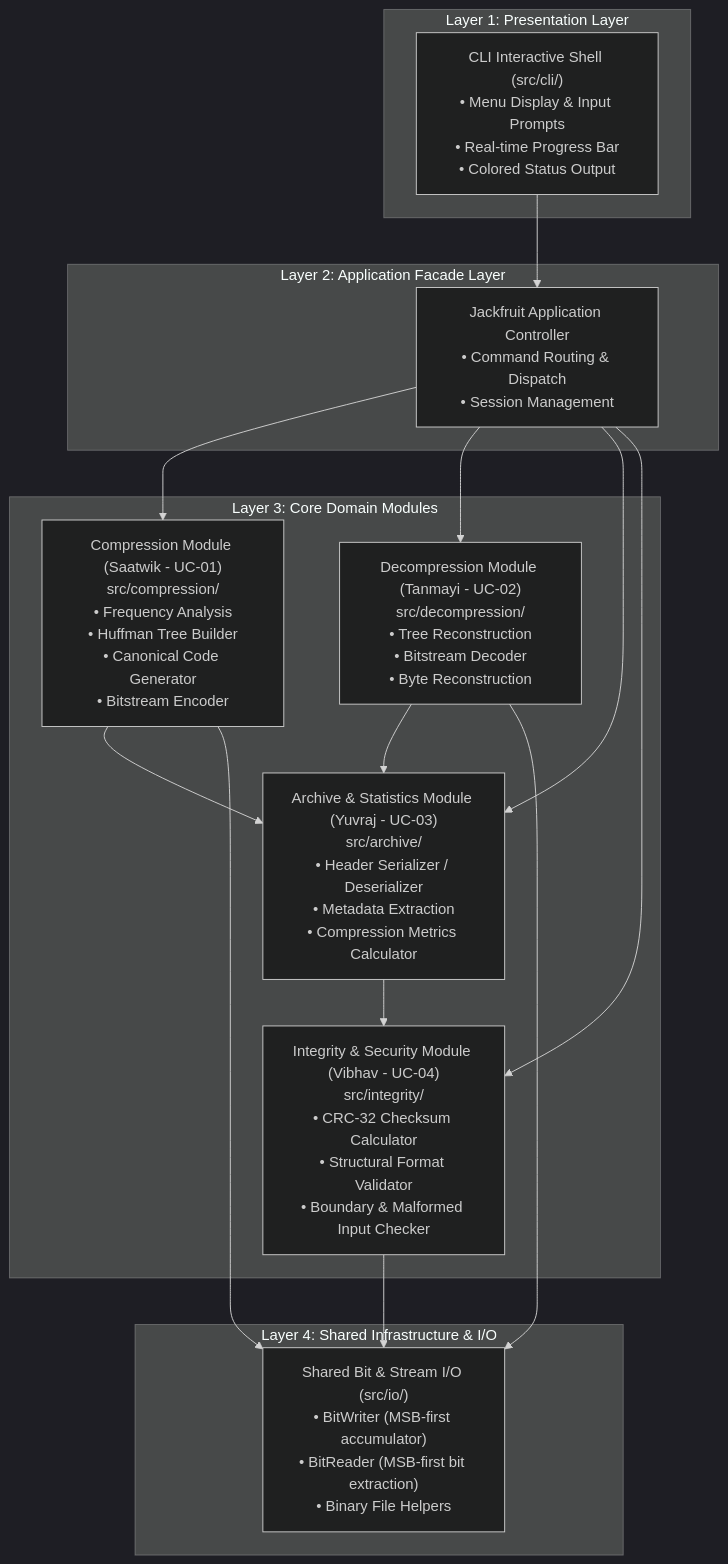
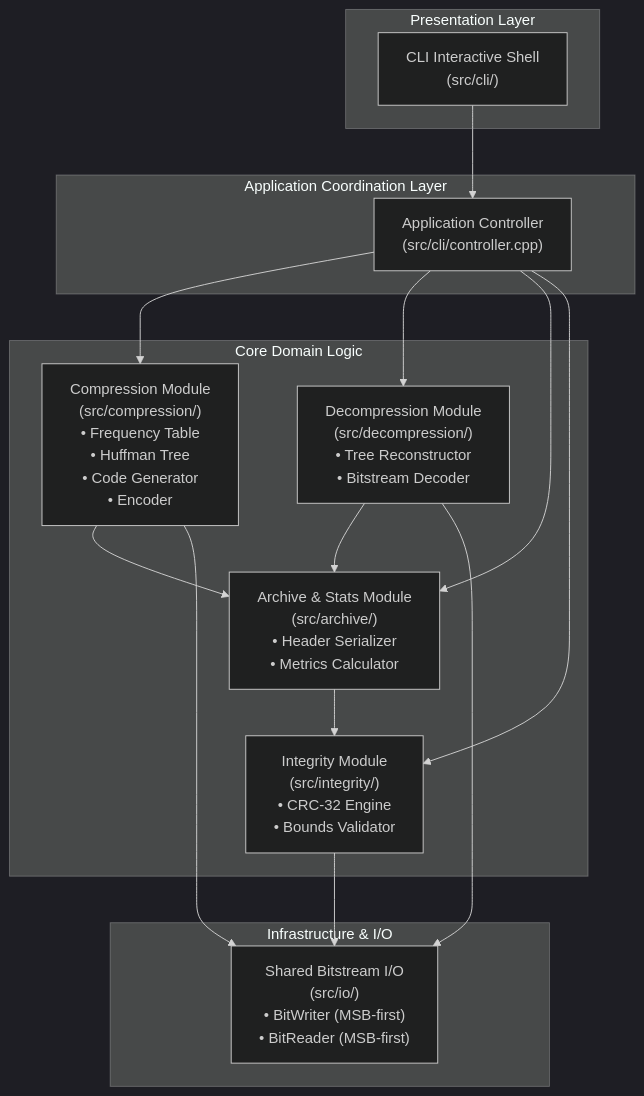
The first of 3 diagrams in docs/design/architecture-v0.1.md (Saatwik-V/Software-Engineering-Jackfruit), drawn with Mermaid (dark theme) before and after one commit. The commit also changed other lines of this file and 9 other files, not shown here.

````diff
--- a/docs/design/architecture-v0.1.md
+++ b/docs/design/architecture-v0.1.md
@@ -23,33 +87,34 @@
 ```mermaid
 graph TD
-    subgraph Layer 1: Presentation Layer
-        CLI["CLI Interactive Shell (src/cli/)<br>• Menu Display & Input Prompts<br>• Real-time Progress Bar<br>• Colored Status Output"]
+    subgraph Presentation Layer
+        CLI["CLI Interactive Shell<br>(src/cli/)"]
     end
 
-    subgraph Layer 2: Application Facade Layer
-        App["Jackfruit Application Controller<br>• Command Routing & Dispatch<br>• Session Management"]
+    subgraph Application Coordination Layer
+        Controller["Application Controller<br>(src/cli/controller.cpp)"]
     end
 
-    subgraph Layer 3: Core Domain Modules
-        Comp["Compression Module (Saatwik - UC-01)<br>src/compression/<br>• Frequency Analysis<br>• Huffman Tree Builder<br>• Canonical Code Generator<br>• Bitstream Encoder"]
-        Decomp["Decompression Module (Tanmayi - UC-02)<br>src/decompression/<br>• Tree Reconstruction<br>• Bitstream Decoder<br>• Byte Reconstruction"]
-        Arch["Archive & Statistics Module (Yuvraj - UC-03)<br>src/archive/<br>• Header Serializer / Deserializer<br>• Metadata Extraction<br>• Compression Metrics Calculator"]
-        Integ["Integrity & Security Module (Vibhav - UC-04)<br>src/integrity/<br>• CRC-32 Checksum Calculator<br>• Structural Format Validator<br>• Boundary & Malformed Input Checker"]
+    subgraph Core Domain Logic
+        Comp["Compression Module<br>(src/compression/)<br>• Frequency Table<br>• Huffman Tree<br>• Code Generator<br>• Encoder"]
+        Decomp["Decompression Module<br>(src/decompression/)<br>• Tree Reconstructor<br>• Bitstream Decoder"]
+        Arch["Archive & Stats Module<br>(src/archive/)<br>• Header Serializer<br>• Metrics Calculator"]
+        Integ["Integrity Module<br>(src/integrity/)<br>• CRC-32 Engine<br>• Bounds Validator"]
     end
 
-    subgraph Layer 4: Shared Infrastructure & I/O
-        IO["Shared Bit & Stream I/O (src/io/)<br>• BitWriter (MSB-first accumulator)<br>• BitReader (MSB-first bit extraction)<br>• Binary File Helpers"]
+    subgraph Infrastructure & I/O
+        IO["Shared Bitstream I/O<br>(src/io/)<br>• BitWriter (MSB-first)<br>• BitReader (MSB-first)"]
     end
 
-    CLI --> App
-    App --> Comp
-    App --> Decomp
-    App --> Arch
-    App --> Integ
+    CLI --> Controller
+    Controller --> Comp
+    Controller --> Decomp
+    Controller --> Arch
+    Controller --> Integ
+
     Comp --> Arch
     Comp --> IO
     Decomp --> Arch
     Decomp --> IO
     Arch --> Integ
     Integ --> IO
 ```
````
